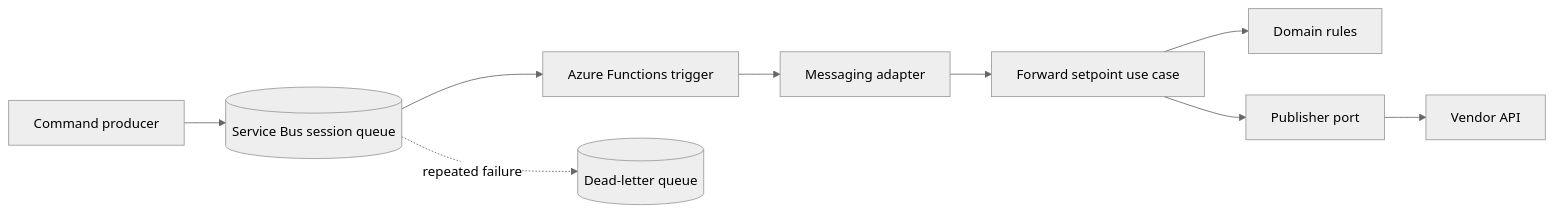
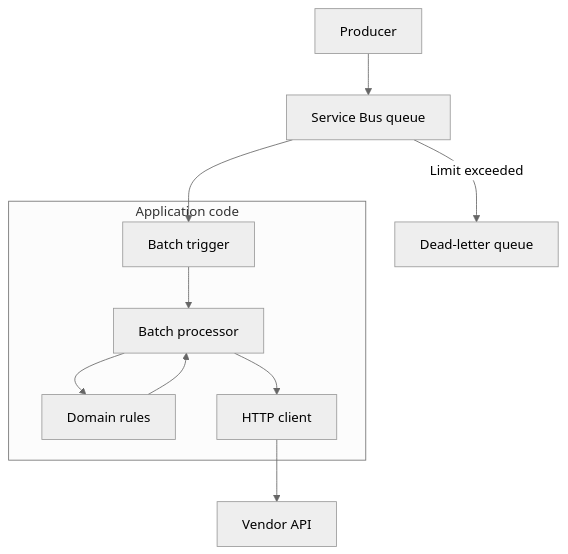
One commit to GhodratRezaei/ForwardBatterySetPoints changed the first of 4 diagrams in README.md. Above: the diagram before and after it, drawn with Mermaid (neutral theme). The commit also changed other lines of this file, not shown here.

````diff
--- a/README.md
+++ b/README.md
@@ -31,11 +28,13 @@
 ```mermaid
-flowchart LR
-    Producer[Command producer] --> Queue[(Service Bus session queue)]
-    Queue --> Trigger[Azure Functions trigger]
-    Trigger --> Messaging[Messaging adapter]
-    Messaging --> UseCase[Forward setpoint use case]
-    UseCase --> Domain[Domain rules]
-    UseCase --> Publisher[Publisher port]
-    Publisher --> Vendor[Vendor API]
-    Queue -. repeated failure .-> DLQ[(Dead-letter queue)]
+flowchart TD
+    Producer["Producer"] --> Queue["Service Bus queue"]
+    Queue --> Trigger["Batch trigger"]
+    subgraph Application["Application code"]
+        Trigger --> Batch["Batch processor"]
+        Batch --> Domain["Domain rules"]
+        Domain --> Batch
+        Batch --> Client["HTTP client"]
+    end
+    Client --> API["Vendor API"]
+    Queue -->|Limit exceeded| DLQ["Dead-letter queue"]
 ```
````
